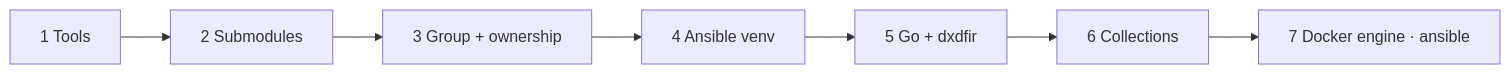
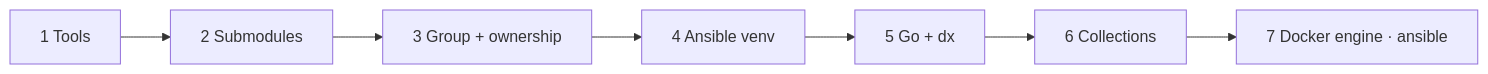
The diagram in docs/architecture/setup-flow.md (Get-Sybers/DX_DFIR), drawn with Mermaid before and after one commit. The commit also changed other lines of this file and 81 other files, not shown here.

````diff
--- a/docs/architecture/setup-flow.md
+++ b/docs/architecture/setup-flow.md
@@ -8,6 +8,6 @@
 ```mermaid
 flowchart LR
     A[1 Tools] --> B[2 Submodules] --> C[3 Group + ownership]
-    C --> D[4 Ansible venv] --> E[5 Go + dxdfir]
+    C --> D[4 Ansible venv] --> E[5 Go + dx]
     E --> F[6 Collections] --> G[7 Docker engine · ansible]
 ```
````
